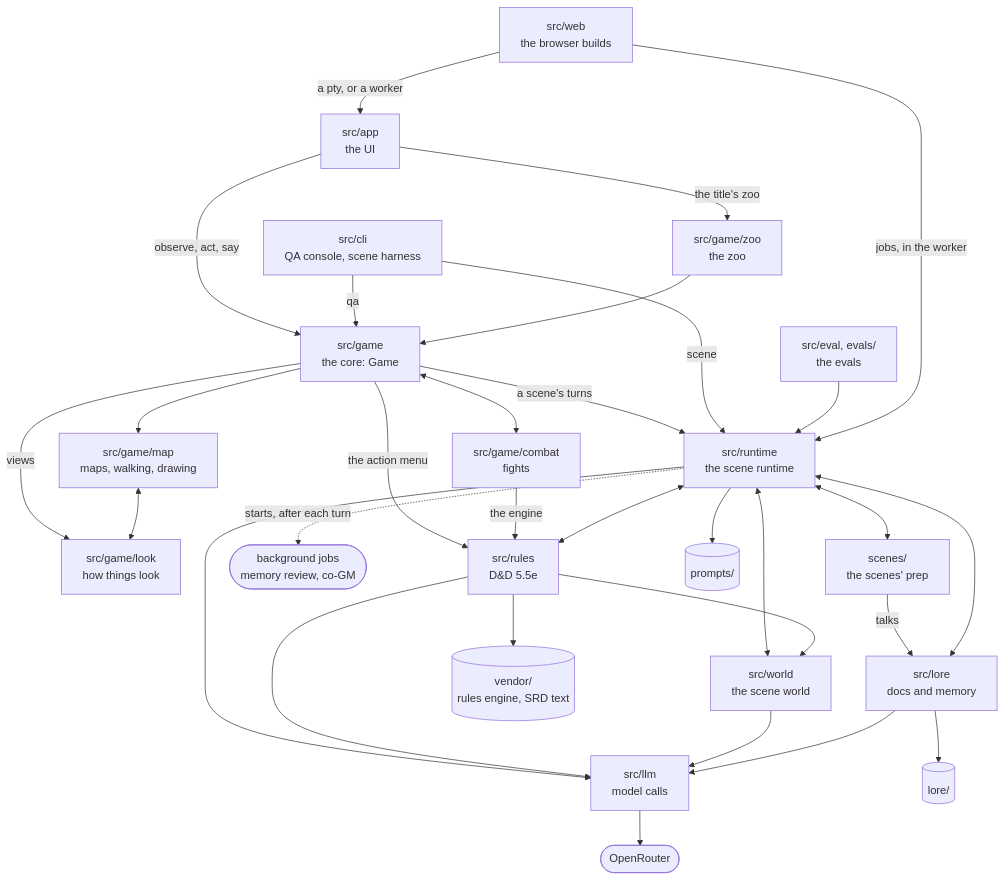
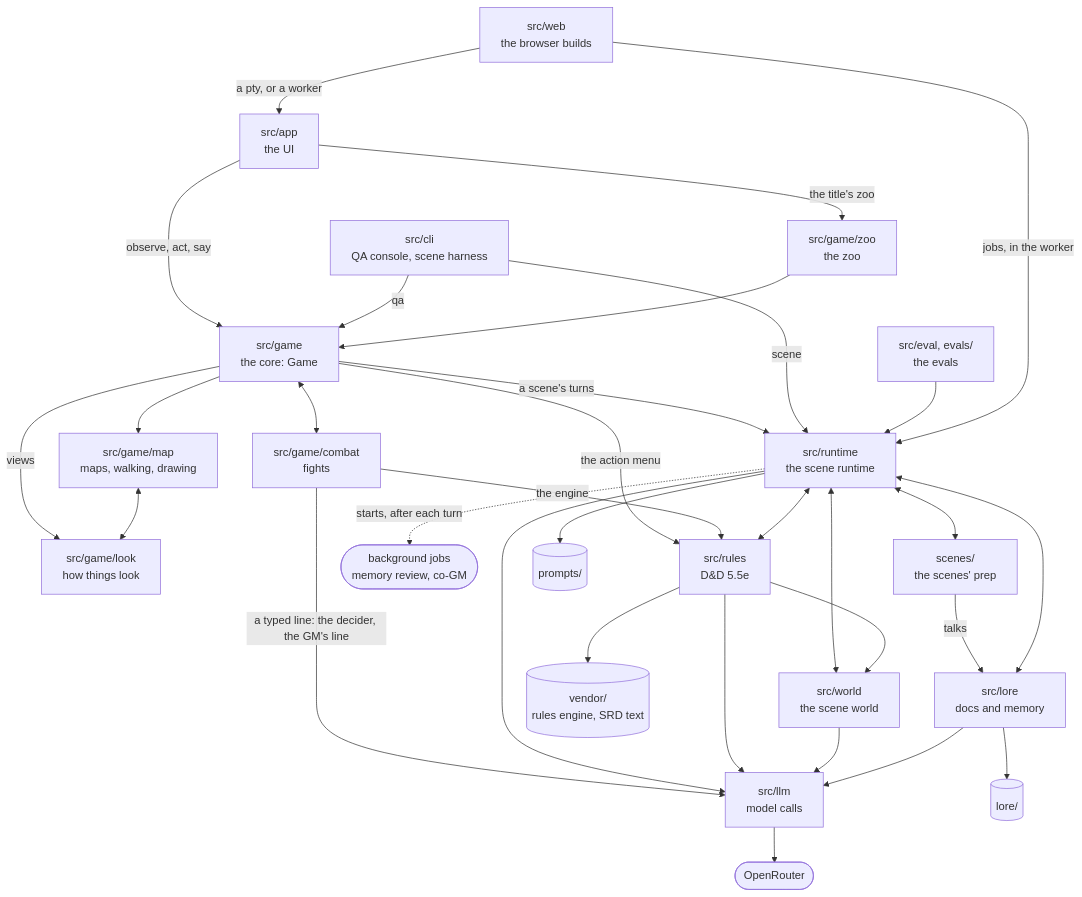
Before and after one commit to Tatskaari/kingmaker: the first of 2 diagrams in ARCHITECTURE.md, drawn with Mermaid. The commit also changed other lines of this file and 2 other files, not shown here.

Commit message:
Typing in a fight in the docs, after the review and the merge: the app's section as it now works, the combat README's new files, a typed line's way through them, its action ids and its gaps, and the architecture overview's fights, which call src/llm now for the decider and the GM's line

````diff
--- a/ARCHITECTURE.md
+++ b/ARCHITECTURE.md
@@ -11,58 +11,59 @@
 ```mermaid
 flowchart TB
   web["src/web<br/>the browser builds"]
   cli["src/cli<br/>QA console, scene harness"]
   evals["src/eval, evals/<br/>the evals"]
   app["src/app<br/>the UI"]
 
   zoo["src/game/zoo<br/>the zoo"]
   core["src/game<br/>the core: Game"]
   combat["src/game/combat<br/>fights"]
   map["src/game/map<br/>maps, walking, drawing"]
   look["src/game/look<br/>how things look"]
 
   runtime["src/runtime<br/>the scene runtime"]
   scenes["scenes/<br/>the scenes' prep"]
   jobs(["background jobs<br/>memory review, co-GM"])
 
   rules["src/rules<br/>D&D 5.5e"]
   world["src/world<br/>the scene world"]
   lsvc["src/lore<br/>docs and memory"]
   llm["src/llm<br/>model calls"]
 
   vendor[("vendor/<br/>rules engine, SRD text")]
   prompts[("prompts/")]
   lore[("lore/")]
   openrouter(["OpenRouter"])
 
   web -->|"a pty, or a worker"| app
   app -->|"observe, act, say"| core
   app -->|"the title's zoo"| zoo
   cli -->|"qa"| core
   zoo --> core
   core <--> combat
   core --> map
   core -->|"views"| look
   map <--> look
   core -->|"a scene's turns"| runtime
   cli -->|"scene"| runtime
   evals --> runtime
   web -->|"jobs, in the worker"| runtime
   core -->|"the action menu"| rules
   combat -->|"the engine"| rules
+  combat -->|"a typed line: the decider, the GM's line"| llm
   runtime <--> scenes
   scenes -->|"talks"| lsvc
   runtime <--> rules
   runtime <--> world
   runtime <--> lsvc
   rules --> world
   runtime --> llm
   rules --> llm
   world --> llm
   lsvc --> llm
   rules --> vendor
   runtime --> prompts
   lsvc --> lore
   llm --> openrouter
   runtime -.->|"starts, after each turn"| jobs
 ```
````
